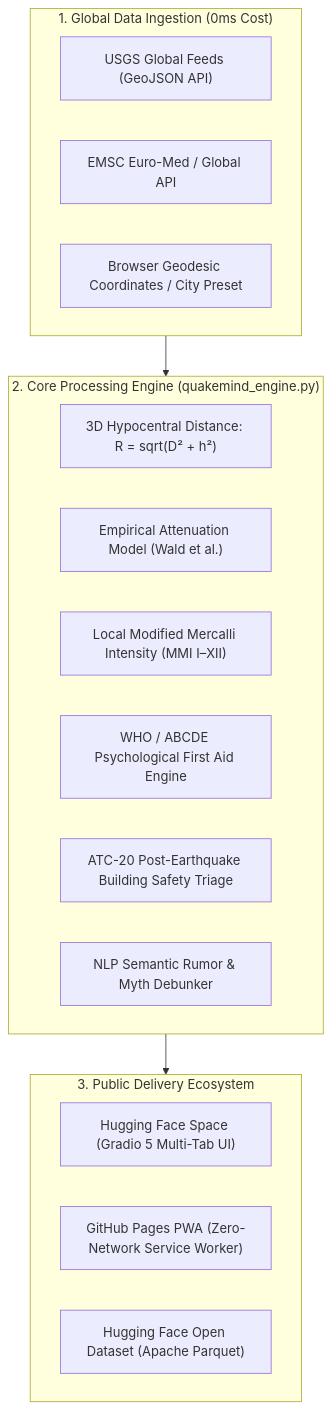
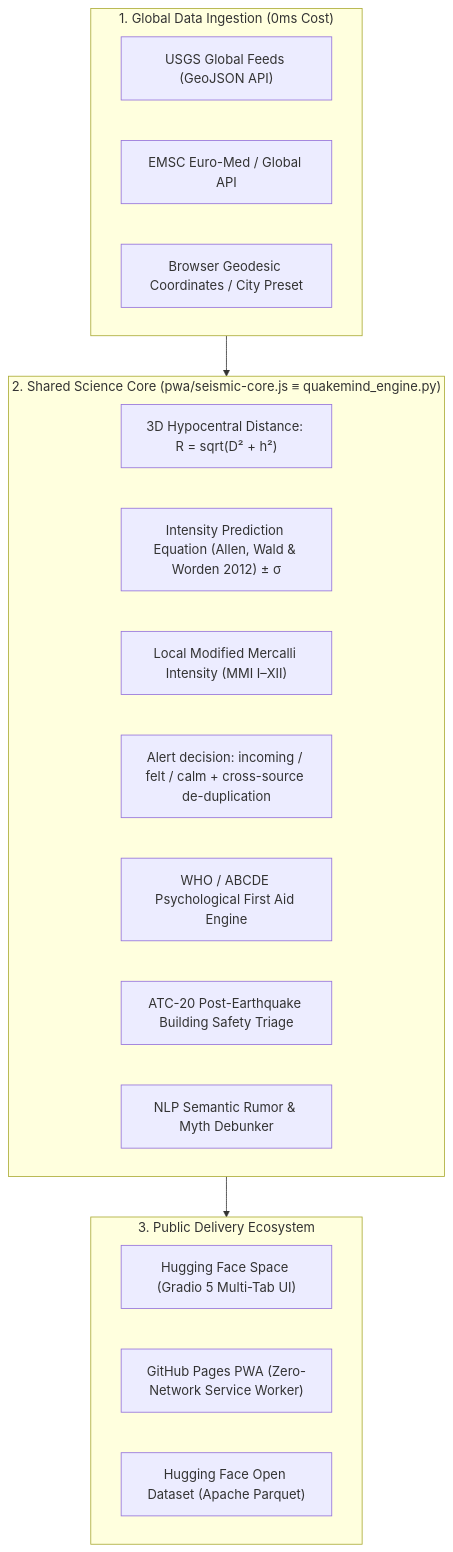
The diagram in README.md (neurodeveloper11/centinela-sismico), drawn with Mermaid before and after one commit. The commit also changed other lines of this file and 21 other files, not shown here.

````diff
--- a/README.md
+++ b/README.md
@@ -44,26 +44,27 @@
 ```mermaid
 flowchart TD
     subgraph INGESTION ["1. Global Data Ingestion (0ms Cost)"]
         USGS["USGS Global Feeds (GeoJSON API)"]
         EMSC["EMSC Euro-Med / Global API"]
         GPS["Browser Geodesic Coordinates / City Preset"]
     end
 
-    subgraph ENGINE ["2. Core Processing Engine (quakemind_engine.py)"]
+    subgraph ENGINE ["2. Shared Science Core (pwa/seismic-core.js ≡ quakemind_engine.py)"]
         HAVERSINE["3D Hypocentral Distance: R = sqrt(D² + h²)"]
-        GMPE["Empirical Attenuation Model (Wald et al.)"]
+        GMPE["Intensity Prediction Equation (Allen, Wald & Worden 2012) ± σ"]
         MMI["Local Modified Mercalli Intensity (MMI I–XII)"]
+        DECIDE["Alert decision: incoming / felt / calm + cross-source de-duplication"]
         PAP["WHO / ABCDE Psychological First Aid Engine"]
         ATC20["ATC-20 Post-Earthquake Building Safety Triage"]
         FACT["NLP Semantic Rumor & Myth Debunker"]
     end
 
     subgraph DEPLOYMENT ["3. Public Delivery Ecosystem"]
         HF_SPACE["Hugging Face Space (Gradio 5 Multi-Tab UI)"]
         PWA_OFFLINE["GitHub Pages PWA (Zero-Network Service Worker)"]
         DATASET["Hugging Face Open Dataset (Apache Parquet)"]
     end
 
     INGESTION --> ENGINE
     ENGINE --> DEPLOYMENT
 ```
````
